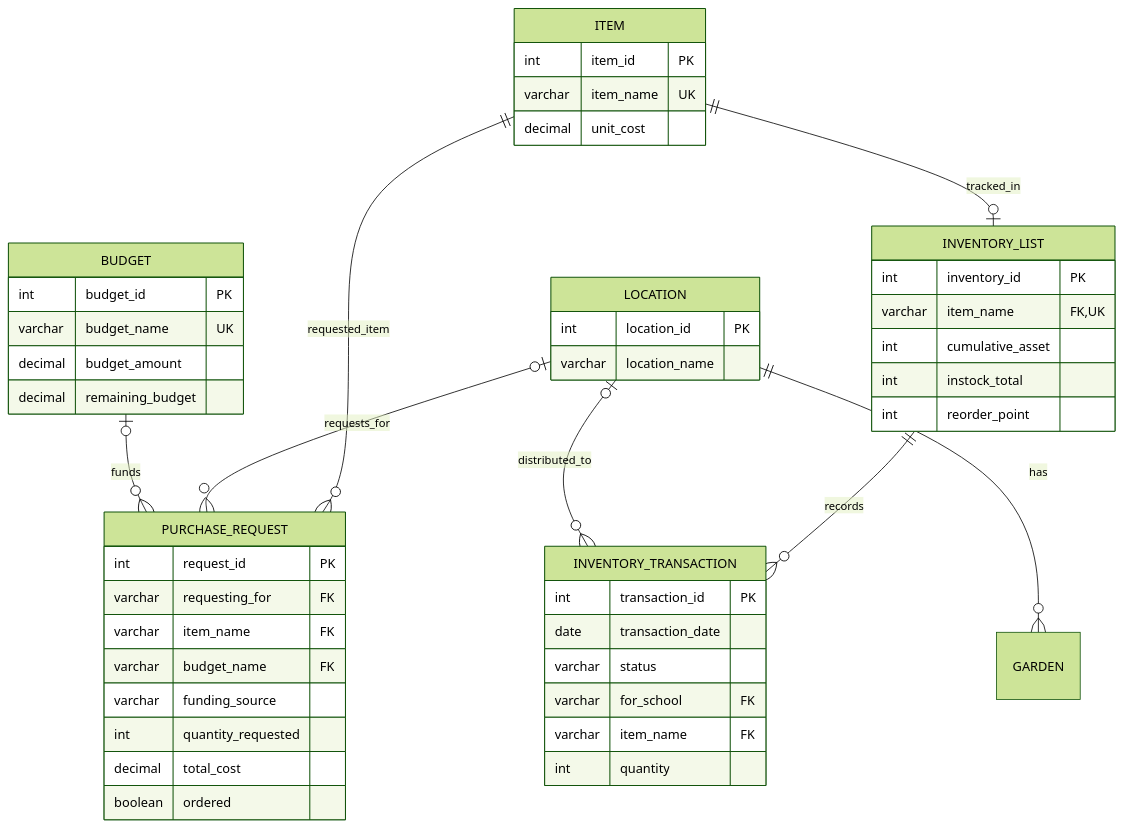
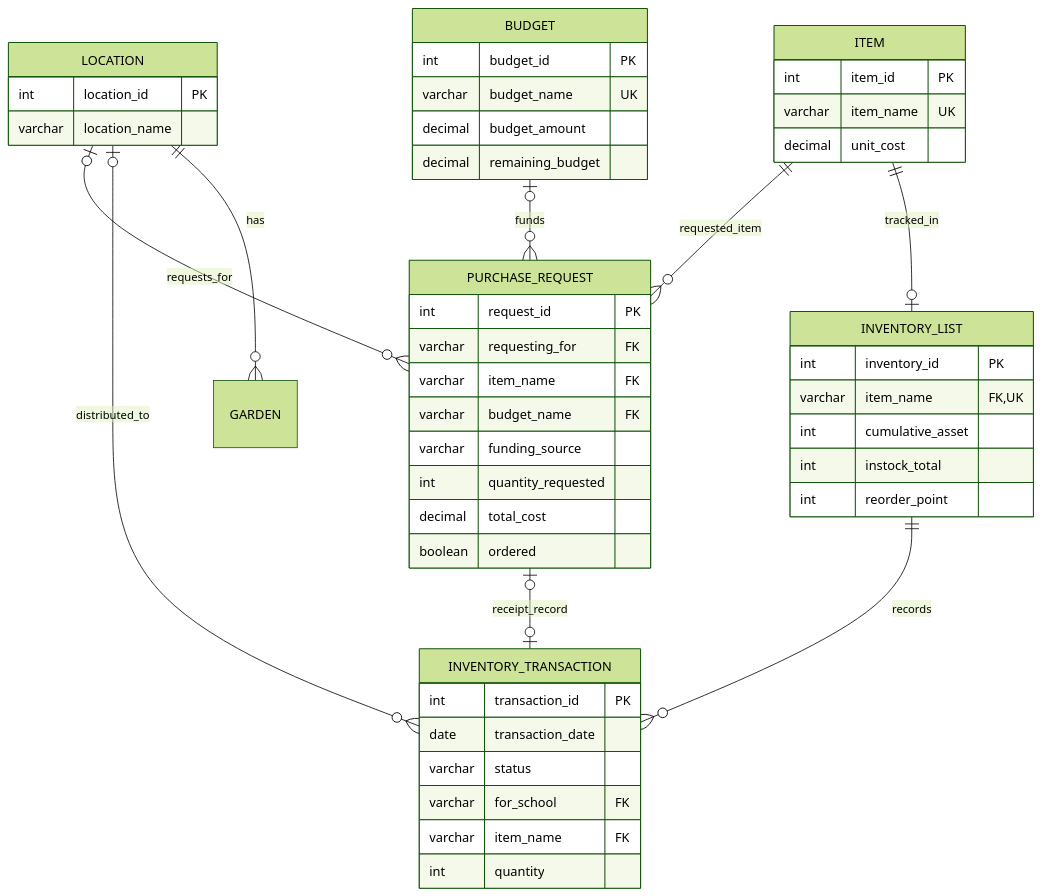
One commit to CrisOrnelas99/Garden-Database changed the first of 2 diagrams in README.md. Above: the diagram before and after it, drawn with Mermaid (forest theme). The commit also changed 4 other files, not shown here.

````diff
--- a/README.md
+++ b/README.md
@@ -30,60 +30,61 @@
 ```mermaid
 erDiagram
 
     BUDGET o|--o{ PURCHASE_REQUEST : funds
 
     LOCATION o|--o{ PURCHASE_REQUEST : requests_for
     LOCATION o|--o{ INVENTORY_TRANSACTION : distributed_to
     LOCATION ||--o{ GARDEN : has
 
     ITEM ||--o{ PURCHASE_REQUEST : requested_item
     ITEM ||--o| INVENTORY_LIST : tracked_in
 
     INVENTORY_LIST ||--o{ INVENTORY_TRANSACTION : records
+    PURCHASE_REQUEST o|--o| INVENTORY_TRANSACTION : receipt_record
 
     BUDGET {
         int budget_id PK
         varchar budget_name UK
         decimal budget_amount
         decimal remaining_budget
     }
 
     LOCATION {
         int location_id PK
         varchar location_name
     }
 
     ITEM {
         int item_id PK
         varchar item_name UK
         decimal unit_cost
     }
 
     INVENTORY_LIST {
         int inventory_id PK
         varchar item_name FK, UK
         int cumulative_asset
         int instock_total
         int reorder_point
     }
 
     PURCHASE_REQUEST {
         int request_id PK
         varchar requesting_for FK
         varchar item_name FK
         varchar budget_name FK
         varchar funding_source
         int quantity_requested
         decimal total_cost
         boolean ordered
     }
 
     INVENTORY_TRANSACTION {
         int transaction_id PK
         date transaction_date
         varchar status
         varchar for_school FK
         varchar item_name FK
         int quantity
     }
 ```
````
